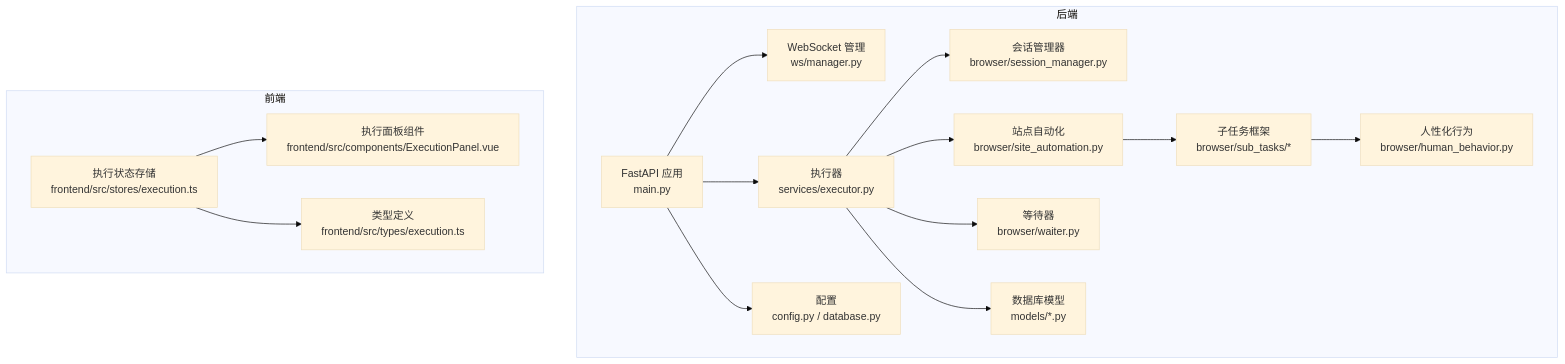
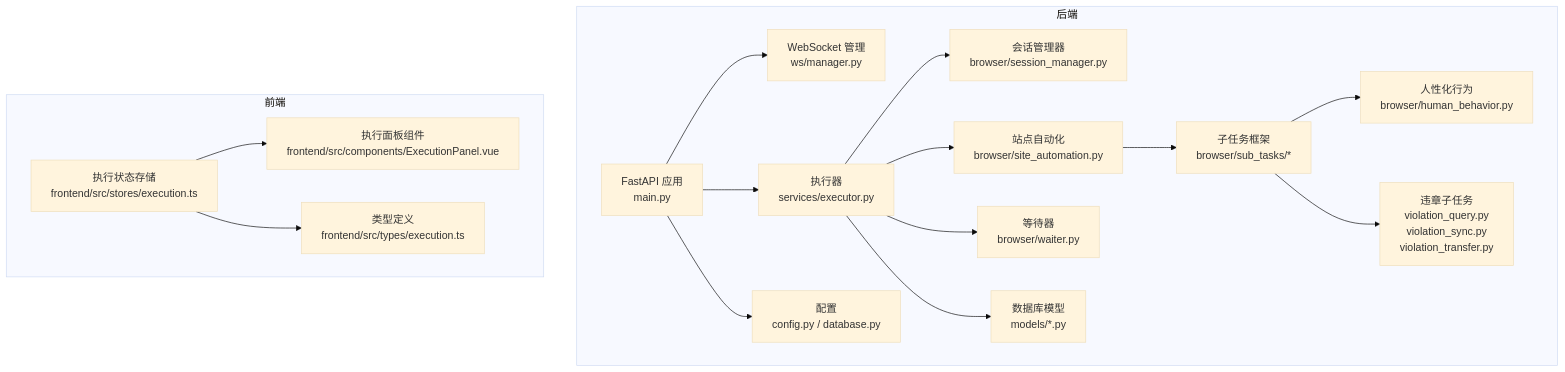
Before and after one commit to onebody/ccclubs_AI_RPA: the first of 13 diagrams in .qoder/repowiki/zh/content/浏览器自动化/浏览器自动化.md, drawn with Mermaid (base theme). The commit also changed other lines of this file and 5 other files, not shown here.

````diff
--- a/.qoder/repowiki/zh/content/浏览器自动化/浏览器自动化.md
+++ b/.qoder/repowiki/zh/content/浏览器自动化/浏览器自动化.md
@@ -46,31 +49,33 @@
 ```mermaid
 graph TB
 subgraph "后端"
 API["FastAPI 应用<br/>main.py"]
 WS["WebSocket 管理<br/>ws/manager.py"]
 EXEC["执行器<br/>services/executor.py"]
 SM["会话管理器<br/>browser/session_manager.py"]
 SA["站点自动化<br/>browser/site_automation.py"]
 HB["人性化行为<br/>browser/human_behavior.py"]
 WT["等待器<br/>browser/waiter.py"]
 SUBTASKS["子任务框架<br/>browser/sub_tasks/*"]
+VIOLATION_SUBTASKS["违章子任务<br/>violation_query.py<br/>violation_sync.py<br/>violation_transfer.py"]
 DB["数据库模型<br/>models/*.py"]
 CFG["配置<br/>config.py / database.py"]
 end
 subgraph "前端"
 FE_STORE["执行状态存储<br/>frontend/src/stores/execution.ts"]
 FE_PANEL["执行面板组件<br/>frontend/src/components/ExecutionPanel.vue"]
 FE_TYPES["类型定义<br/>frontend/src/types/execution.ts"]
 end
 API --> WS
 API --> EXEC
 EXEC --> SM
 EXEC --> SA
 EXEC --> WT
 SA --> SUBTASKS
 SUBTASKS --> HB
+SUBTASKS --> VIOLATION_SUBTASKS
 EXEC --> DB
 API --> CFG
 FE_STORE --> FE_PANEL
 FE_STORE --> FE_TYPES
 ```
````
